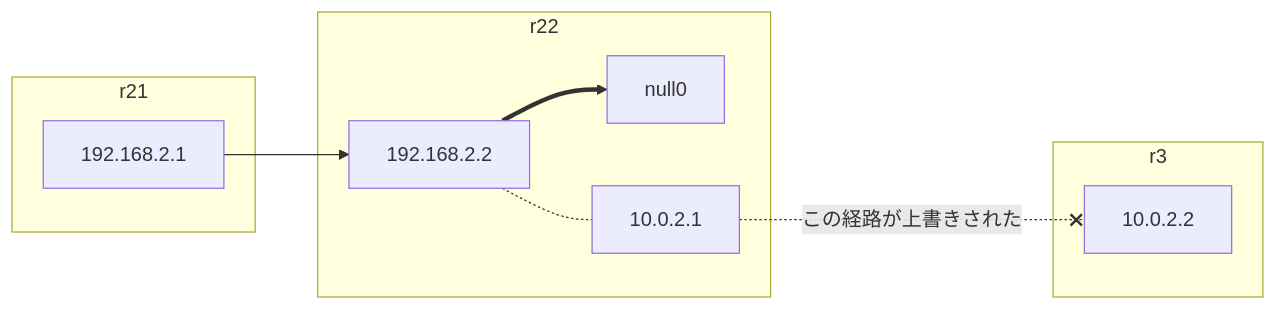
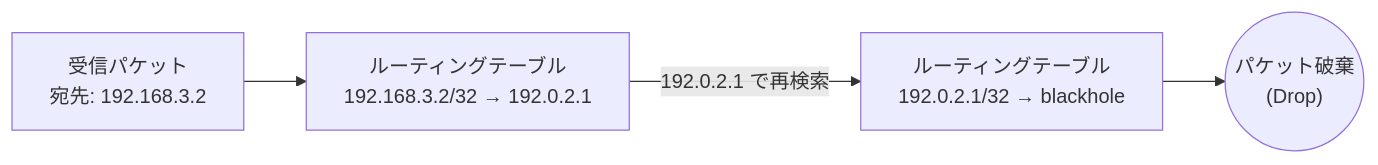
Before and after one commit to coolwind0202/seccamp-2026-hokkaido: the fourth of 7 diagrams in slide/main.md, drawn with Mermaid. The commit also changed other lines of this file, not shown here.

````diff
--- a/slide/main.md
+++ b/slide/main.md
@@ -525,22 +533,6 @@
 ```mermaid
 flowchart LR
-
-subgraph r22
-  192.168.2.2
-  null0
-  10.0.2.1
-end
-
-subgraph r3
-  10.0.2.2
-end
-
-subgraph r21
-  192.168.2.1
-end
-
-192.168.2.1 --> 192.168.2.2
-192.168.2.2 -.- 10.0.2.1
-10.0.2.1 -. この経路が上書きされた .-x 10.0.2.2
-192.168.2.2 ==> null0 
+    Pkt["受信パケット<br/>宛先: 192.168.3.2"] --> RIB1["ルーティングテーブル<br/>192.168.3.2/32 → 192.0.2.1"]
+    RIB1 -->|192.0.2.1 で再検索| RIB2["ルーティングテーブル<br />192.0.2.1/32 → blackhole"]
+    RIB2 --> Drop(("パケット破棄<br/>(Drop)"))
 ```
````
